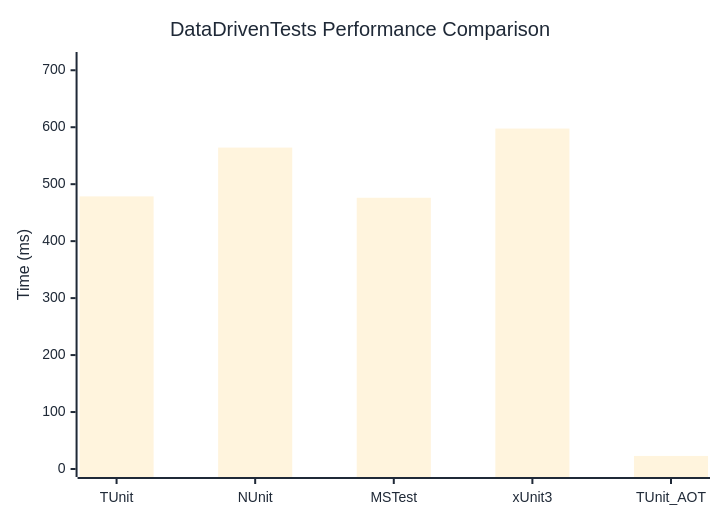
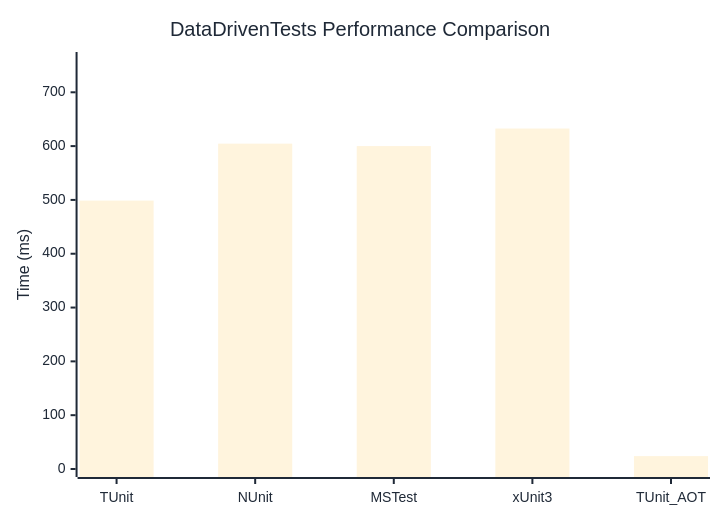
The diagram in docs/docs/benchmarks/DataDrivenTests.md (thomhurst/TUnit), drawn with Mermaid before and after one commit. The commit also changed other lines of this file and 17 other files, not shown here.

````diff
--- a/docs/docs/benchmarks/DataDrivenTests.md
+++ b/docs/docs/benchmarks/DataDrivenTests.md
@@ -27,37 +27,37 @@
 ```mermaid
 %%{init: {
   'theme':'base',
   'themeVariables': {
     'primaryColor': '#2563eb',
     'primaryTextColor': '#1f2937',
     'primaryBorderColor': '#1e40af',
     'lineColor': '#6b7280',
     'secondaryColor': '#7c3aed',
     'tertiaryColor': '#dc2626',
     'background': '#ffffff',
     'mainBkg': '#2563eb',
     'secondBkg': '#7c3aed',
     'tertiaryBkg': '#dc2626',
     'clusterBkg': '#f3f4f6',
     'edgeLabelBackground': '#ffffff',
     'tertiaryTextColor': '#1f2937',
     'pie1': '#2563eb',
     'pie2': '#7c3aed',
     'pie3': '#dc2626',
     'pie4': '#f59e0b',
     'pie5': '#10b981',
     'pie6': '#06b6d4',
     'pie7': '#ec4899',
     'pie8': '#6366f1',
     'pie9': '#84cc16',
     'pie10': '#f97316',
     'pie11': '#14b8a6',
     'pie12': '#a855f7'
   }
 }}%%
 xychart-beta
   title "DataDrivenTests Performance Comparison"
   x-axis ["TUnit", "NUnit", "MSTest", "xUnit3", "TUnit_AOT"]
-  y-axis "Time (ms)" 0 --> 718
-  bar [478.59, 564.25, 476.15, 597.62, 22.96]
+  y-axis "Time (ms)" 0 --> 760
+  bar [498.76, 604.56, 600.08, 632.64, 23.94]
 ```
````
